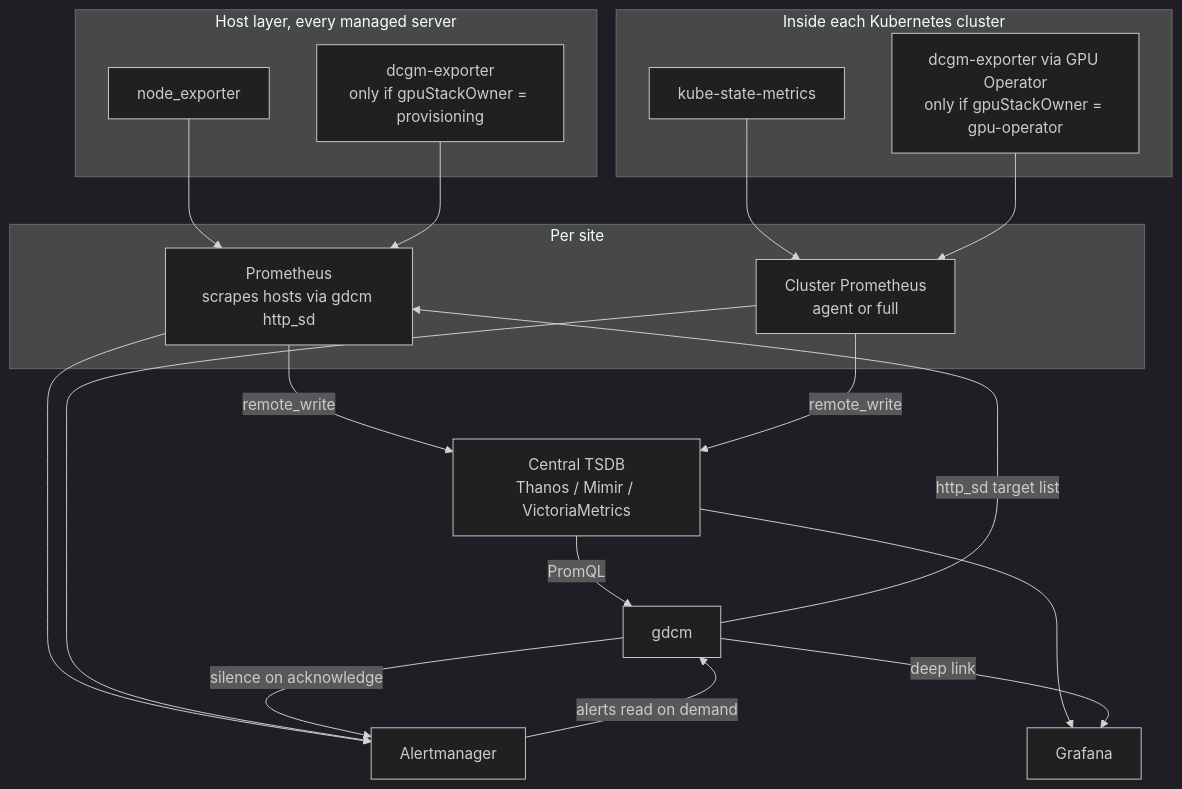
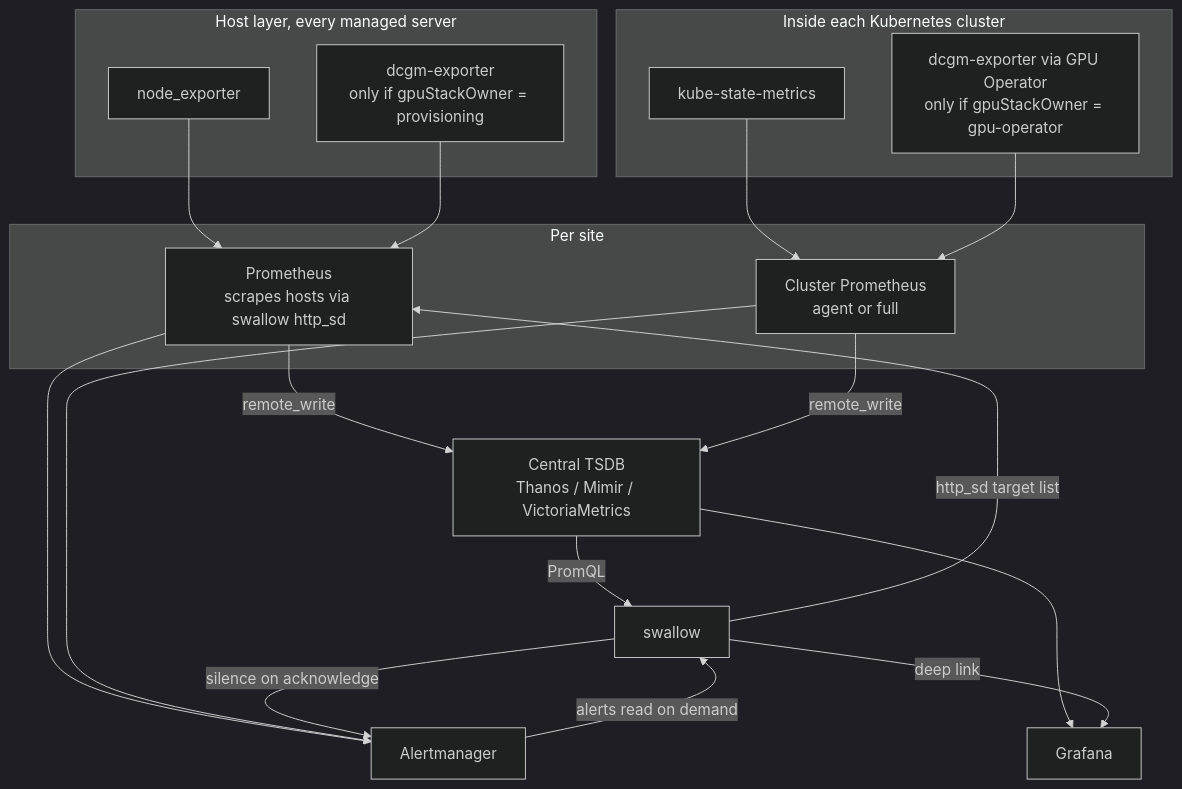
Before and after one commit to maple52046/swallow: the diagram in docs/decisions/003-metrics-label-contract.md, drawn with Mermaid (dark theme). The commit also changed other lines of this file and 75 other files, not shown here.

First line of the commit message:
refactor: rebrand gdcm to swallow across docs and code

````diff
--- a/docs/decisions/003-metrics-label-contract.md
+++ b/docs/decisions/003-metrics-label-contract.md
@@ -40,37 +40,37 @@
 ```mermaid
 flowchart TB
     subgraph hosts [Host layer, every managed server]
         NE["node_exporter"]
         DCGM["dcgm-exporter<br/>only if gpuStackOwner = provisioning"]
     end
 
     subgraph incluster [Inside each Kubernetes cluster]
         KSM["kube-state-metrics"]
         OpDCGM["dcgm-exporter via GPU Operator<br/>only if gpuStackOwner = gpu-operator"]
     end
 
     subgraph site [Per site]
-        Prom["Prometheus<br/>scrapes hosts via gdcm http_sd"]
+        Prom["Prometheus<br/>scrapes hosts via swallow http_sd"]
         ClusterProm["Cluster Prometheus<br/>agent or full"]
     end
 
     Central["Central TSDB<br/>Thanos / Mimir / VictoriaMetrics"]
     AM["Alertmanager"]
     Grafana["Grafana"]
-    GDCM["gdcm"]
+    Swallow["swallow"]
 
     NE --> Prom
     DCGM --> Prom
     KSM --> ClusterProm
     OpDCGM --> ClusterProm
     Prom -->|remote_write| Central
     ClusterProm -->|remote_write| Central
-    GDCM -->|http_sd target list| Prom
-    Central -->|PromQL| GDCM
+    Swallow -->|http_sd target list| Prom
+    Central -->|PromQL| Swallow
     Prom --> AM
     ClusterProm --> AM
-    AM -->|"alerts read on demand"| GDCM
-    GDCM -->|"silence on acknowledge"| AM
+    AM -->|"alerts read on demand"| Swallow
+    Swallow -->|"silence on acknowledge"| AM
     Central --> Grafana
-    GDCM -->|deep link| Grafana
+    Swallow -->|deep link| Grafana
 ```
````
